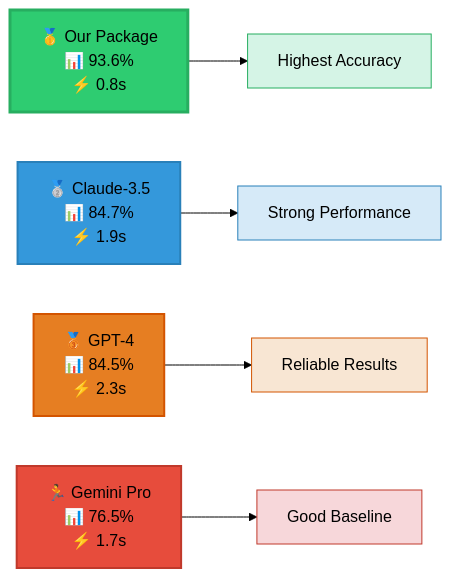
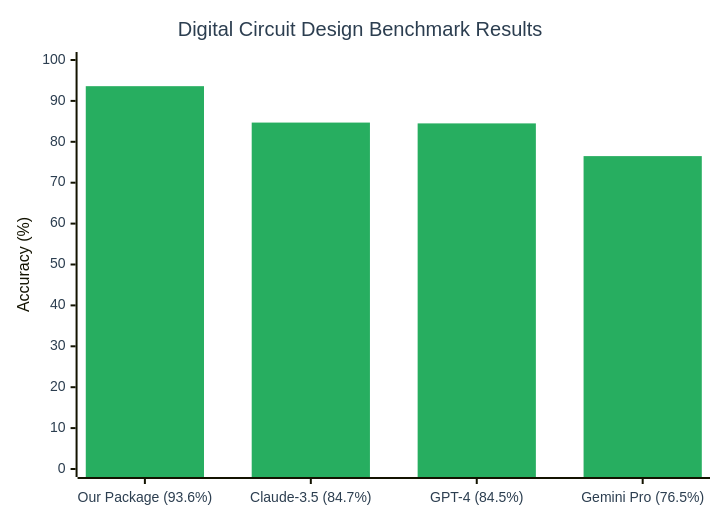
The first of 4 diagrams in README.md (duonggiang156/banchmark-edabk), drawn with Mermaid before and after one commit.

Commit message:
Update README.md
new real

````diff
--- a/README.md
+++ b/README.md
@@ -192,18 +192,11 @@
 ```mermaid
-%%{init: {'theme':'base', 'themeVariables': { 'primaryColor': '#ffffff', 'primaryTextColor': '#000000', 'primaryBorderColor': '#000000', 'lineColor': '#000000', 'background': '#ffffff', 'mainBkg': '#ffffff', 'textColor': '#000000'}}}%%
-flowchart LR
-    A["🥇 Our Package<br/>📊 93.6%<br/>⚡ 0.8s"] --> A1["Highest Accuracy"]
-    B["🥈 Claude-3.5<br/>📊 84.7%<br/>⚡ 1.9s"] --> B1["Strong Performance"]
-    C["🥉 GPT-4<br/>📊 84.5%<br/>⚡ 2.3s"] --> C1["Reliable Results"]
-    D["🏃 Gemini Pro<br/>📊 76.5%<br/>⚡ 1.7s"] --> D1["Good Baseline"]
-    
-    style A fill:#2ECC71,stroke:#27AE60,stroke-width:3px,color:#000000
-    style B fill:#3498DB,stroke:#2980B9,stroke-width:2px,color:#000000
-    style C fill:#E67E22,stroke:#D35400,stroke-width:2px,color:#000000
-    style D fill:#E74C3C,stroke:#C0392B,stroke-width:2px,color:#000000
-    
-    style A1 fill:#D5F4E6,stroke:#27AE60,color:#000000
-    style B1 fill:#D6EAF8,stroke:#2980B9,color:#000000
-    style C1 fill:#F8E6D3,stroke:#D35400,color:#000000
-    style D1 fill:#F7D7DA,stroke:#C0392B,color:#000000
+%%{init: {'theme':'default', 'themeVariables': { 'primaryColor': '#FFFFFF', 'primaryTextColor': '#2C3E50', 
+'primaryBorderColor': '#34495E', 'lineColor': '#2C3E50', 'secondaryColor': '#2C3E50', 'tertiaryColor': '#2C3E50', 
+'background': '#FFFFFF', 'mainBkg': '#FFFFFF', 'cScale0': '#27AE60', 'cScale1': '#3498DB', 'cScale2': '#E67E22', 
+'cScale3': '#E74C3C', 'xyChart': {'backgroundColor': '#FFFFFF', 'titleColor': '#2C3E50', 'xAxisLabelColor': '#2C3E50', 'yAxisLabelColor': '#2C3E50', 'plotColorPalette': '#27AE60, #3498DB, #E67E22, #E74C3C'}}}}%%
+xychart-beta
+    title "Digital Circuit Design Benchmark Results"
+    x-axis ["Our Package (93.6%)", "Claude-3.5 (84.7%)", "GPT-4 (84.5%)", "Gemini Pro (76.5%)"]
+    y-axis "Accuracy (%)" 0 --> 100
+    bar [93.6, 84.7, 84.5, 76.5]
 ```
````
